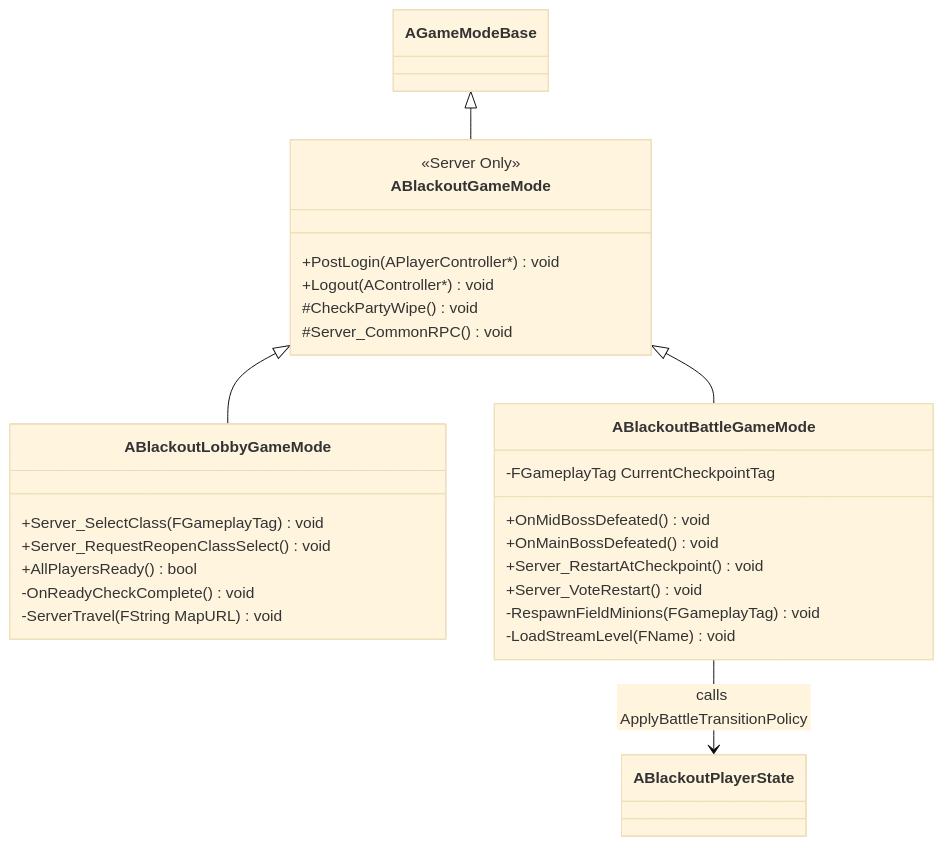
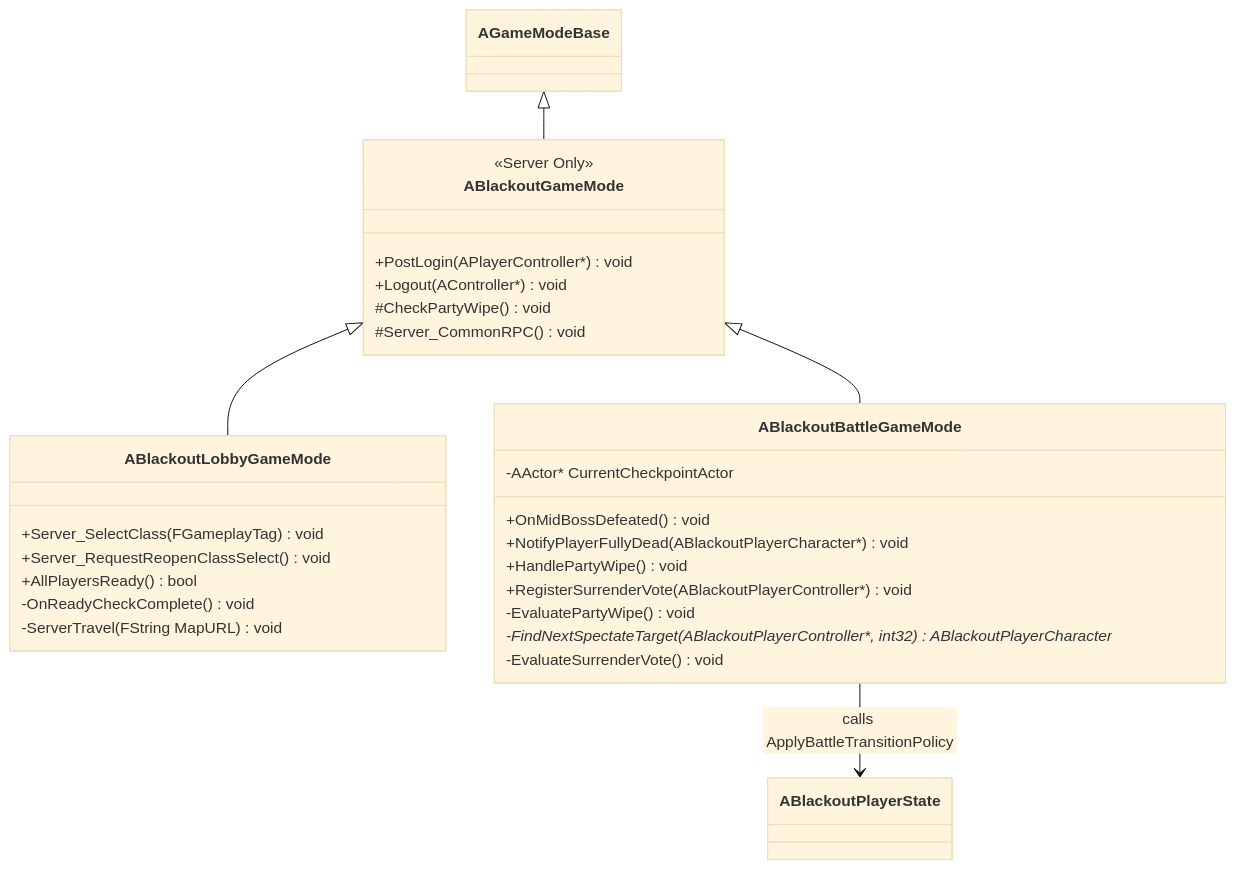
The second of 14 diagrams in Docs/Project_Blackout_클래스다이어그램.md (seongwon1579/ProjectBlackout), drawn with Mermaid (base theme) before and after one commit. The commit also changed other lines of this file and 7 other files, not shown here.

````diff
--- a/Docs/Project_Blackout_클래스다이어그램.md
+++ b/Docs/Project_Blackout_클래스다이어그램.md
@@ -57,36 +57,37 @@
 ```mermaid
 classDiagram
     direction TB
 
     AGameModeBase <|-- ABlackoutGameMode
     ABlackoutGameMode <|-- ABlackoutLobbyGameMode
     ABlackoutGameMode <|-- ABlackoutBattleGameMode
 
     ABlackoutBattleGameMode --> ABlackoutPlayerState : calls ApplyBattleTransitionPolicy
 
     class ABlackoutGameMode {
         <<Server Only>>
         +PostLogin(APlayerController*) void
         +Logout(AController*) void
         #CheckPartyWipe() void
         #Server_CommonRPC() void
     }
 
     class ABlackoutLobbyGameMode {
         +Server_SelectClass(FGameplayTag) void
         +Server_RequestReopenClassSelect() void
         +AllPlayersReady() bool
         -OnReadyCheckComplete() void
         -ServerTravel(FString MapURL) void
     }
 
     class ABlackoutBattleGameMode {
-        -FGameplayTag CurrentCheckpointTag
+        -AActor* CurrentCheckpointActor
         +OnMidBossDefeated() void
-        +OnMainBossDefeated() void
-        +Server_RestartAtCheckpoint() void
-        +Server_VoteRestart() void
-        -RespawnFieldMinions(FGameplayTag) void
-        -LoadStreamLevel(FName) void
+        +NotifyPlayerFullyDead(ABlackoutPlayerCharacter*) void
+        +HandlePartyWipe() void
+        +RegisterSurrenderVote(ABlackoutPlayerController*) void
+        -EvaluatePartyWipe() void
+        -FindNextSpectateTarget(ABlackoutPlayerController*, int32) ABlackoutPlayerCharacter*
+        -EvaluateSurrenderVote() void
     }
 ```
````
